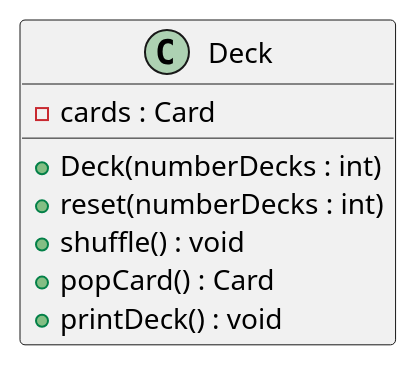
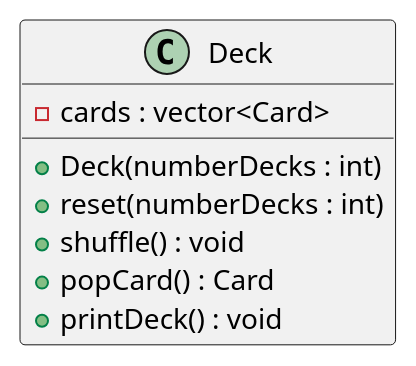
One commit to aaron-arnason-1988/Canasta-Hand-And-Foot changed the second of 3 diagrams in canasta.puml. Above: the diagram before and after it, drawn with PlantUML. The commit also changed other lines of this file, not shown here.

Commit message:
Updated the uml diagram from player class

```diff
--- a/canasta.puml
+++ b/canasta.puml
@@ -13,12 +13,12 @@
 @startuml
 
 class Deck {
 	+ Deck(numberDecks : int)
   + reset(numberDecks : int)
 	+ shuffle() : void
 	+ popCard() : Card
 	+ printDeck() : void
-  - cards : Card
+  - cards : vector<Card>
 }
 
 @enduml
```
